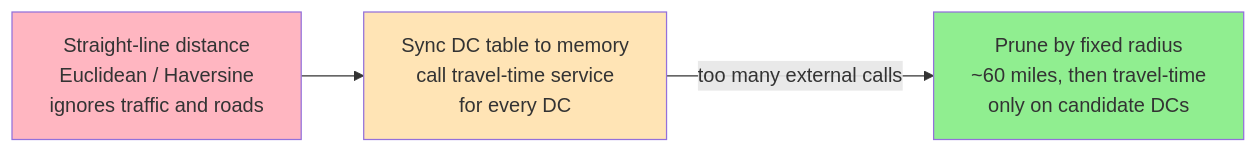
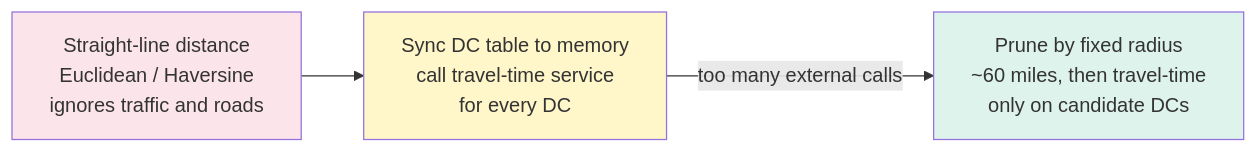
The second of 3 diagrams in LLD/SystemDesign/ProblemBreakdowns/LocalDeliveryService.md (cartmancodes/InterviewVault), drawn with Mermaid before and after one commit. The commit also changed other lines of this file and 679 other files, not shown here.

Commit message:
Unify content diagrams and add accessible visual walkthroughs

````diff
--- a/LLD/SystemDesign/ProblemBreakdowns/LocalDeliveryService.md
+++ b/LLD/SystemDesign/ProblemBreakdowns/LocalDeliveryService.md
@@ -225,8 +225,8 @@
 ```mermaid
 graph LR
     P["Straight-line distance<br/>Euclidean / Haversine<br/>ignores traffic and roads"] --> Q["Sync DC table to memory<br/>call travel-time service<br/>for every DC"]
     Q -->|"too many external calls"| R["Prune by fixed radius<br/>~60 miles, then travel-time<br/>only on candidate DCs"]
-    style P fill:#FFB6C1
-    style Q fill:#FFE4B5
-    style R fill:#90EE90
+    style P fill:#FCE5EA
+    style Q fill:#FFF6C9
+    style R fill:#DDF3EC
 ```
````
